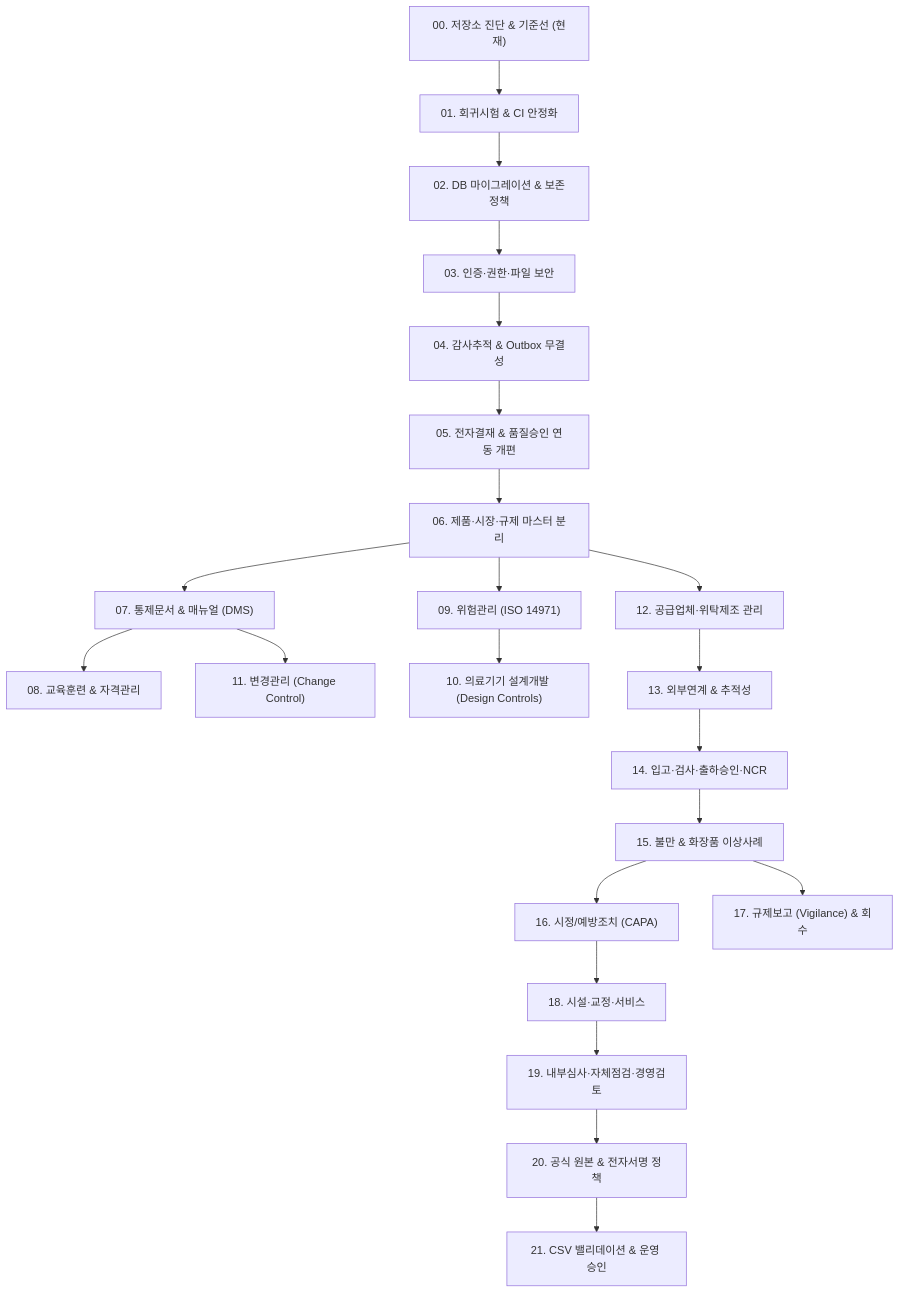
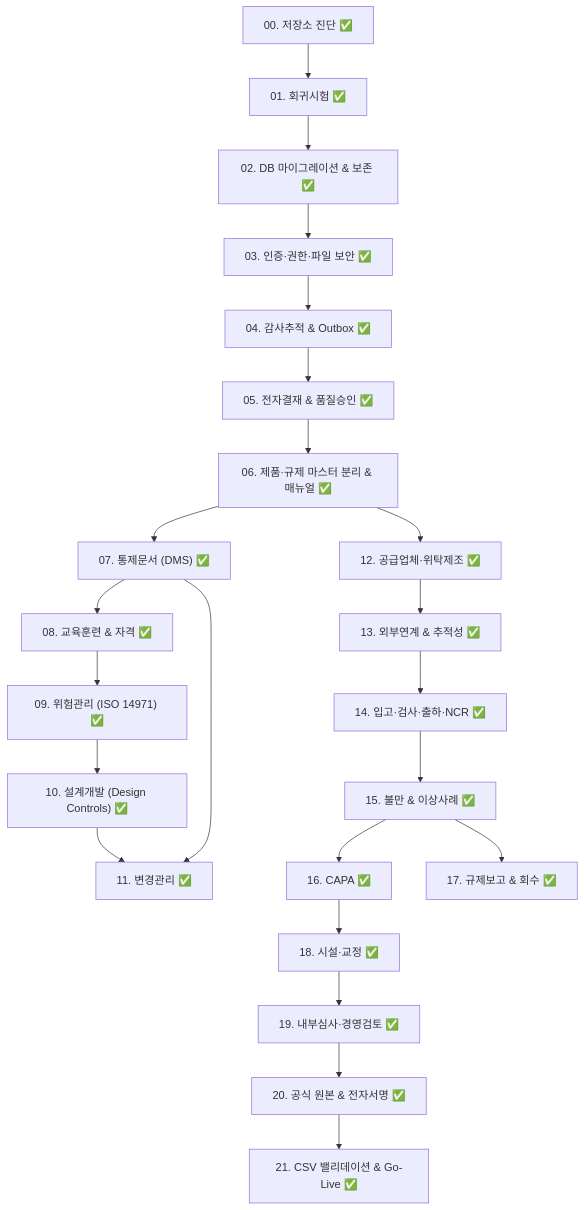
One commit to yjh4218/Quality-management-system changed the diagram in docs/eqms/implementation-roadmap.md. Above: the diagram before and after it, drawn with Mermaid. The commit also changed other lines of this file and 414 other files, not shown here.

````diff
--- a/docs/eqms/implementation-roadmap.md
+++ b/docs/eqms/implementation-roadmap.md
@@ -9,24 +42,25 @@
 ```mermaid
 graph TD
-    Step00["00. 저장소 진단 & 기준선 (현재)"] --> Step01["01. 회귀시험 & CI 안정화"]
-    Step01 --> Step02["02. DB 마이그레이션 & 보존정책"]
-    Step02 --> Step03["03. 인증·권한·파일 보안"]
-    Step03 --> Step04["04. 감사추적 & Outbox 무결성"]
-    Step04 --> Step05["05. 전자결재 & 품질승인 연동 개편"]
-    Step05 --> Step06["06. 제품·시장·규제 마스터 분리"]
-    Step06 --> Step07["07. 통제문서 & 매뉴얼 (DMS)"]
-    Step07 --> Step08["08. 교육훈련 & 자격관리"]
-    Step06 --> Step09["09. 위험관리 (ISO 14971)"]
-    Step09 --> Step10["10. 의료기기 설계개발 (Design Controls)"]
-    Step07 --> Step11["11. 변경관리 (Change Control)"]
-    Step06 --> Step12["12. 공급업체·위탁제조 관리"]
-    Step12 --> Step13["13. 외부연계 & 추적성"]
-    Step13 --> Step14["14. 입고·검사·출하승인·NCR"]
-    Step14 --> Step15["15. 불만 & 화장품 이상사례"]
-    Step15 --> Step16["16. 시정/예방조치 (CAPA)"]
-    Step15 --> Step17["17. 규제보고 (Vigilance) & 회수"]
-    Step16 --> Step18["18. 시설·교정·서비스"]
-    Step18 --> Step19["19. 내부심사·자체점검·경영검토"]
-    Step19 --> Step20["20. 공식 원본 & 전자서명 정책"]
-    Step20 --> Step21["21. CSV 밸리데이션 & 운영 승인"]
+    Step00["00. 저장소 진단 ✅"] --> Step01["01. 회귀시험 ✅"]
+    Step01 --> Step02["02. DB 마이그레이션 & 보존 ✅"]
+    Step02 --> Step03["03. 인증·권한·파일 보안 ✅"]
+    Step03 --> Step04["04. 감사추적 & Outbox ✅"]
+    Step04 --> Step05["05. 전자결재 & 품질승인 ✅"]
+    Step05 --> Step06["06. 제품·규제 마스터 분리 & 매뉴얼 ✅"]
+    Step06 --> Step07["07. 통제문서 (DMS) ✅"]
+    Step07 --> Step08["08. 교육훈련 & 자격 ✅"]
+    Step08 --> Step09["09. 위험관리 (ISO 14971) ✅"]
+    Step09 --> Step10["10. 설계개발 (Design Controls) ✅"]
+    Step10 --> Step11["11. 변경관리 ✅"]
+    Step07 --> Step11
+    Step06 --> Step12["12. 공급업체·위탁제조 ✅"]
+    Step12 --> Step13["13. 외부연계 & 추적성 ✅"]
+    Step13 --> Step14["14. 입고·검사·출하·NCR ✅"]
+    Step14 --> Step15["15. 불만 & 이상사례 ✅"]
+    Step15 --> Step16["16. CAPA ✅"]
+    Step15 --> Step17["17. 규제보고 & 회수 ✅"]
+    Step16 --> Step18["18. 시설·교정 ✅"]
+    Step18 --> Step19["19. 내부심사·경영검토 ✅"]
+    Step19 --> Step20["20. 공식 원본 & 전자서명 ✅"]
+    Step20 --> Step21["21. CSV 밸리데이션 & Go-Live ✅"]
 ```
````
